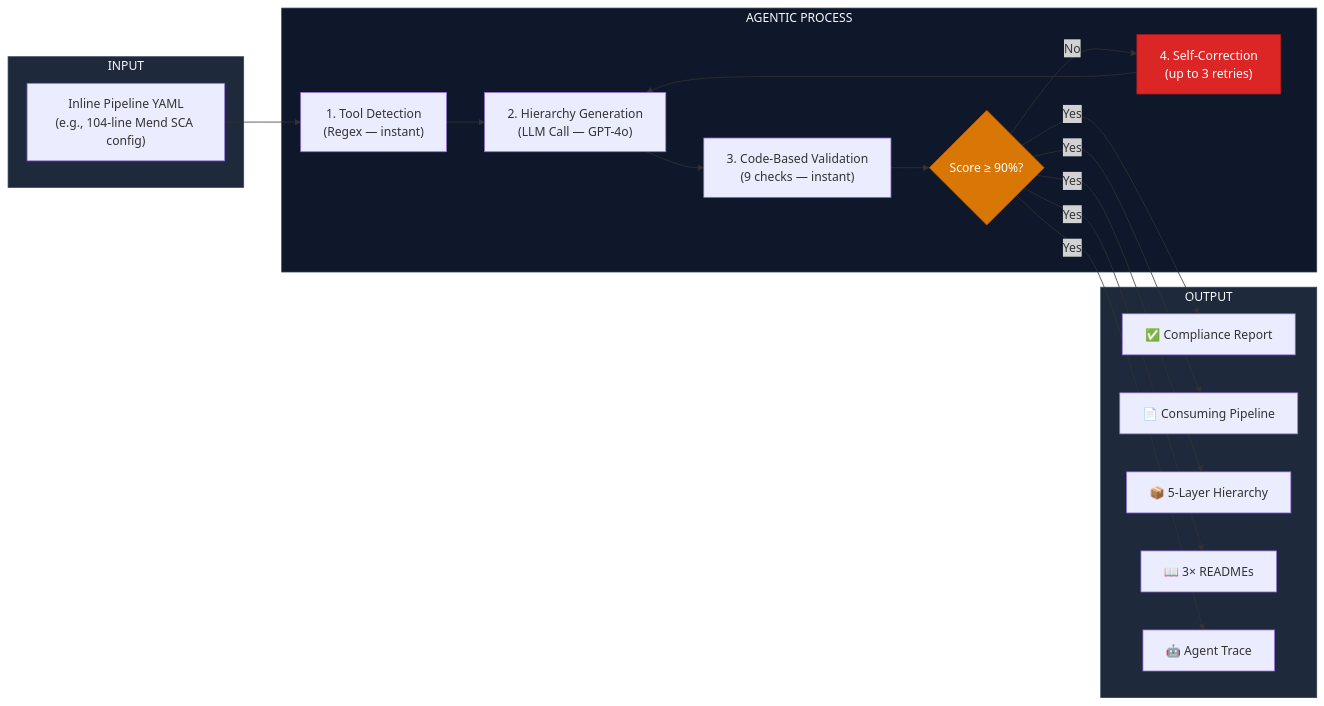
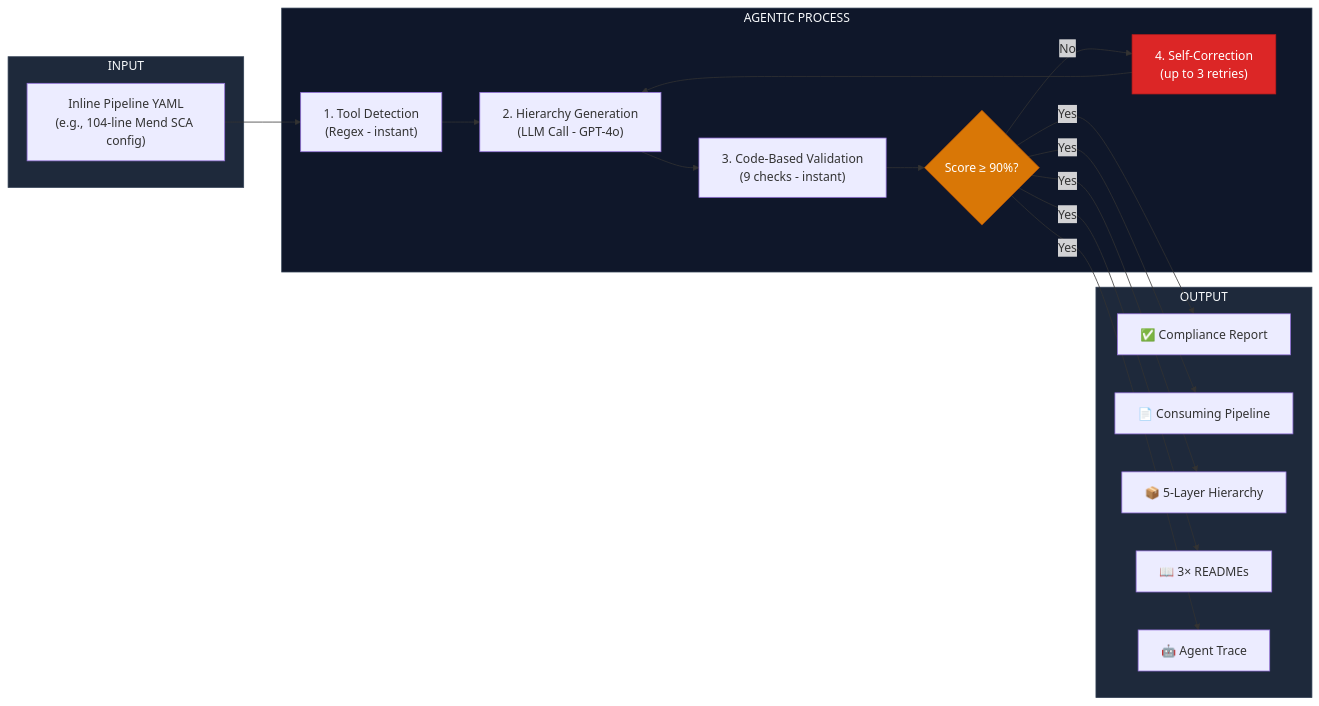
The first of 3 diagrams in README.md (jaywmz/coe-compliance-agent), drawn with Mermaid before and after one commit. The commit also changed other lines of this file, not shown here.

````diff
--- a/README.md
+++ b/README.md
@@ -37,33 +37,33 @@
 ```mermaid
 flowchart LR
     subgraph INPUT
         A["Inline Pipeline YAML\n(e.g., 104-line Mend SCA config)"]
     end
 
     subgraph PROCESS["AGENTIC PROCESS"]
-        B["1. Tool Detection\n(Regex — instant)"]
-        C["2. Hierarchy Generation\n(LLM Call — GPT-4o)"]
-        D["3. Code-Based Validation\n(9 checks — instant)"]
+        B["1. Tool Detection\n(Regex - instant)"]
+        C["2. Hierarchy Generation\n(LLM Call - GPT-4o)"]
+        D["3. Code-Based Validation\n(9 checks - instant)"]
         E{"Score ≥ 90%?"}
         F["4. Self-Correction\n(up to 3 retries)"]
         B --> C --> D --> E
         E -- No --> F --> C
     end
 
     subgraph OUTPUT
         G["✅ Compliance Report"]
         H["📄 Consuming Pipeline"]
         I["📦 5-Layer Hierarchy"]
         J["📖 3× READMEs"]
         K["🤖 Agent Trace"]
     end
 
     A --> B
     E -- Yes --> G & H & I & J & K
 
     style INPUT fill:#1e293b,color:#f8fafc,stroke:#334155
     style PROCESS fill:#0f172a,color:#f8fafc,stroke:#334155
     style OUTPUT fill:#1e293b,color:#f8fafc,stroke:#334155
     style E fill:#d97706,color:#fff,stroke:#b45309
     style F fill:#dc2626,color:#fff,stroke:#b91c1c
 ```
````
